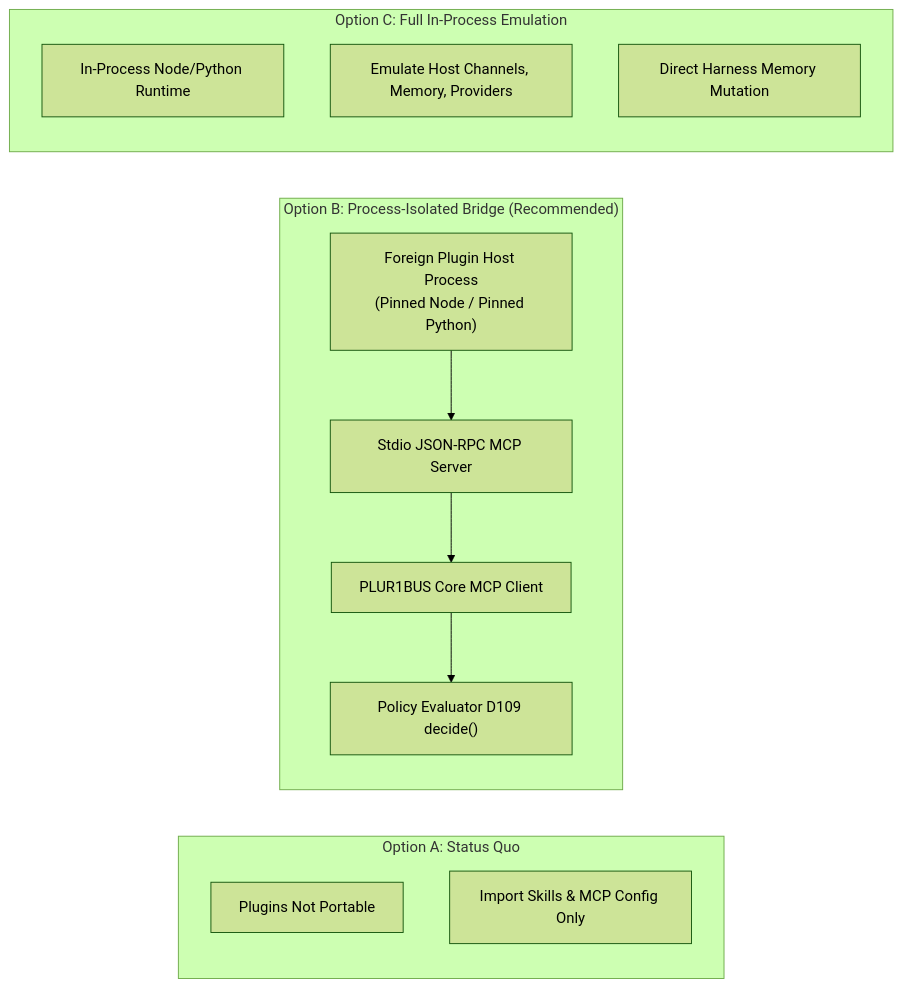
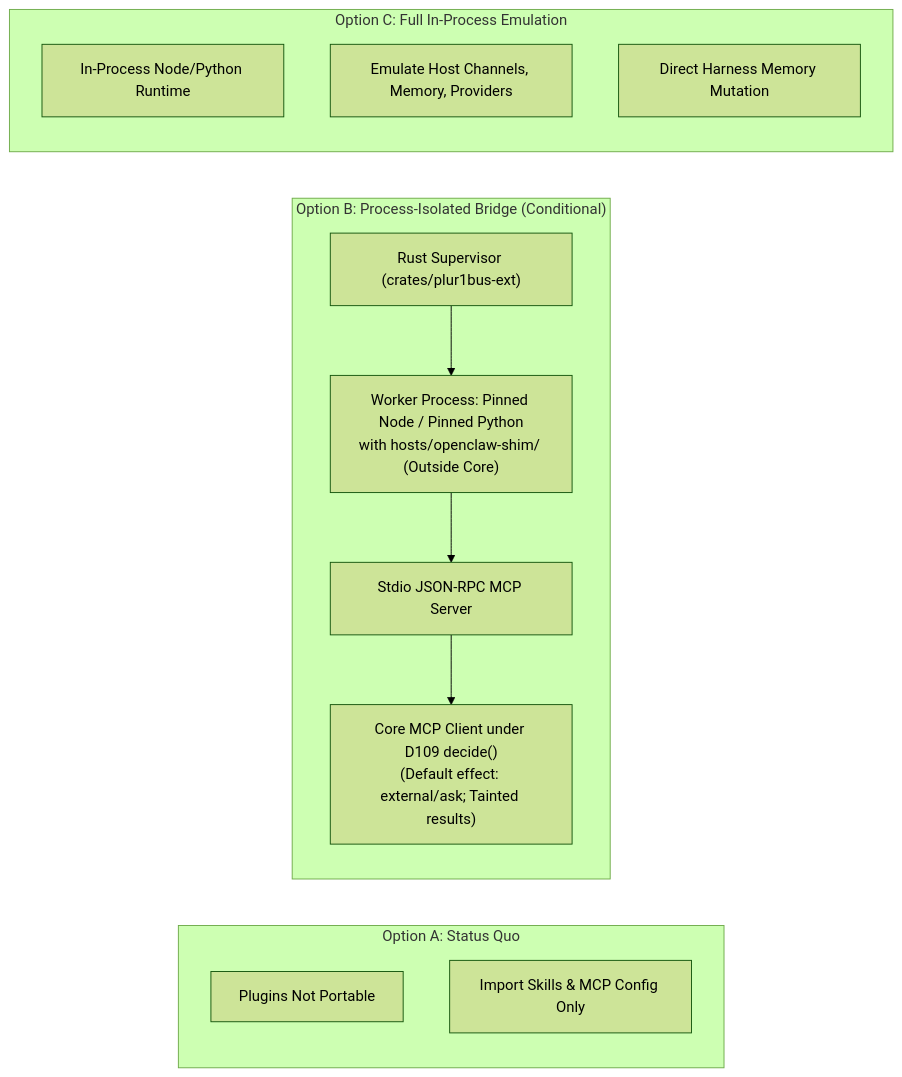
One commit to Cyb3rb1ade/PLUR1BUS-Harness changed the third of 3 diagrams in docs/superpowers/specs/2026-10-27-profile-import-and-plugin-compat-design.md. Above: the diagram before and after it, drawn with Mermaid (forest theme). The commit also changed other lines of this file and 6 other files, not shown here.

````diff
--- a/docs/superpowers/specs/2026-10-27-profile-import-and-plugin-compat-design.md
+++ b/docs/superpowers/specs/2026-10-27-profile-import-and-plugin-compat-design.md
@@ -267,21 +292,21 @@
 ```mermaid
 flowchart LR
     subgraph OptionA["Option A: Status Quo"]
         A1["Plugins Not Portable"]
         A2["Import Skills & MCP Config Only"]
     end
 
-    subgraph OptionB["Option B: Process-Isolated Bridge (Recommended)"]
-        B1["Foreign Plugin Host Process\n(Pinned Node / Pinned Python)"]
-        B2["Stdio JSON-RPC MCP Server"]
-        B3["PLUR1BUS Core MCP Client"]
-        B4["Policy Evaluator D109 decide()"]
+    subgraph OptionB["Option B: Process-Isolated Bridge (Conditional)"]
+        B1["Rust Supervisor (crates/plur1bus-ext)"]
+        B2["Worker Process: Pinned Node / Pinned Python\nwith hosts/openclaw-shim/ (Outside Core)"]
+        B3["Stdio JSON-RPC MCP Server"]
+        B4["Core MCP Client under D109 decide()\n(Default effect: external/ask; Tainted results)"]
         B1 --> B2 --> B3 --> B4
     end
 
     subgraph OptionC["Option C: Full In-Process Emulation"]
         C1["In-Process Node/Python Runtime"]
         C2["Emulate Host Channels, Memory, Providers"]
         C3["Direct Harness Memory Mutation"]
     end
 ```
````
